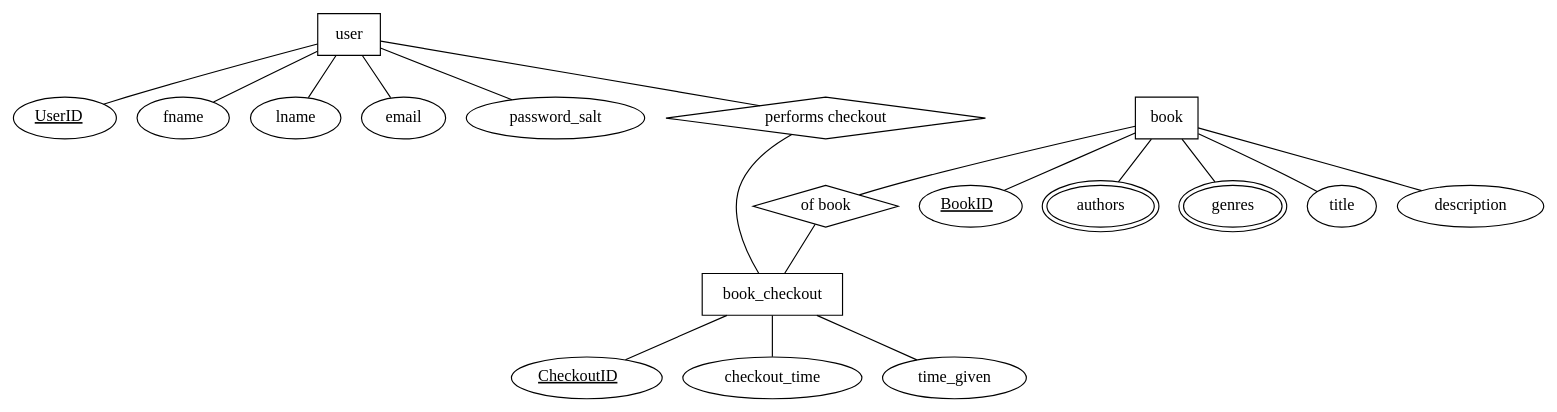
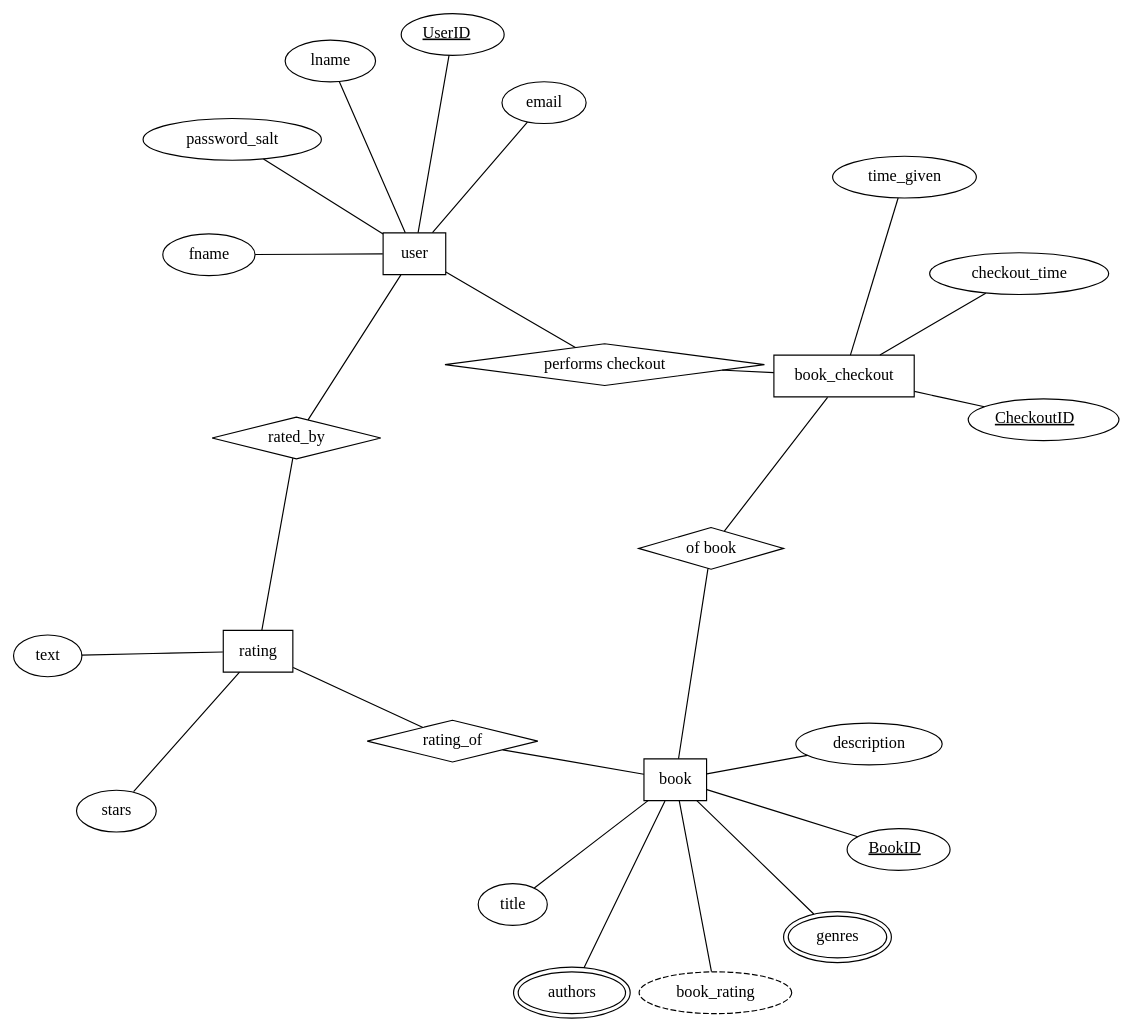
One commit to h0se69/Library-Web-Management-App changed the diagram in ER_diagram.gv. Above: the diagram before and after it, drawn with Graphviz.

```diff
--- a/ER_diagram.gv
+++ b/ER_diagram.gv
@@ -1,42 +1,62 @@
 
 // USE TO VIEW
 // http://magjac.com/graphviz-visual-editor/
 
 digraph Lib{
     dir=none
-    
+    layout="neato"
+    overlap= false
     
     subgraph user{
         user [shape = box]
         UserID [label = <<u>UserID</u>>]
         user -> {fname;lname;email;password_salt;UserID} [dir = none]
     }
     
     
     subgraph book{
         book [shape = box]
         BookID [label = <<u>BookID</u>>]
         authors [peripheries=2]
         genres [peripheries=2]
-        book -> {BookID;authors;title;genres;description} [dir = none]
+        book_rating [style=dashed]
+        book -> {BookID;authors;title;genres;description;book_rating} [dir = none]
+        
     }
     
     subgraph checkout{
         book_checkout [shape = box]
         performs_checkout [label= "performs checkout", shape=diamond]
         of_book [label= "of book", shape=diamond]
         
         user->performs_checkout [dir=none]
         performs_checkout -> book_checkout [dir=none] // If needed change to dir = back
         
         performs_checkout -> of_book [color=invis, weight = 10] // to make it look nicer, can be removed
         
         book -> of_book [dir=none]
         of_book->book_checkout [dir =none]
         
         CheckoutID [label = <<u>CheckoutID</u>>]
         
         book_checkout-> {CheckoutID;checkout_time;time_given}[dir=none]
     }
     
+    subgraph rating { // Ratings will be done by users IN library for books IN library
+    
+        rating [shape=box]
+        // RatingID [label = <<u>RatingID</u>>] // if needed then uncomment
+        
+        rating-> {stars;text} [dir=none]
+        
+        rated_by [shape=diamond]
+        rating_of [shape=diamond]
+        
+        user->rated_by [dir=none]
+        rated_by->rating [dir=none]
+        book -> rating_of [dir=none]
+        rating_of->rating [dir=none]
+        
+    }
+    
 }
```
